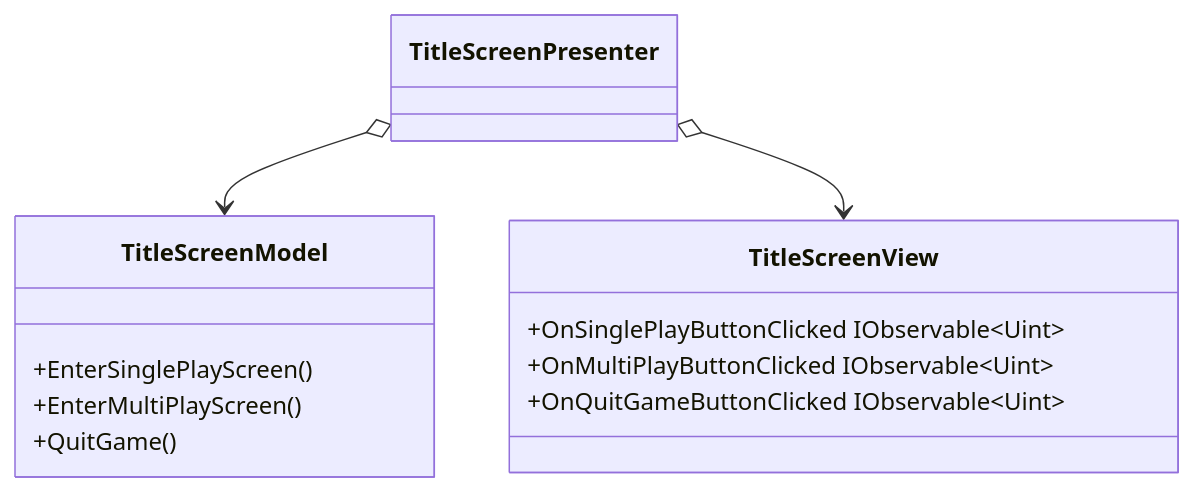
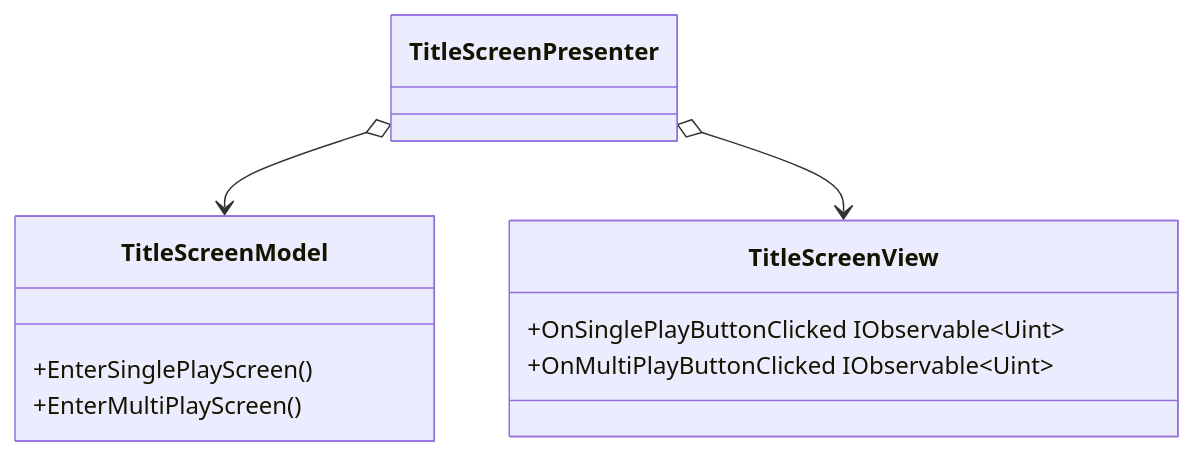
Before and after one commit to kamiy2743/MinoTower_v2: the diagram in Assets/Documents/TitleScreen.md, drawn with Mermaid. The commit also changed 17 other files, not shown here.

````diff
--- a/Assets/Documents/TitleScreen.md
+++ b/Assets/Documents/TitleScreen.md
@@ -1,21 +1,19 @@
 ```mermaid
 classDiagram
     class TitleScreenModel {
         +EnterSinglePlayScreen()
         +EnterMultiPlayScreen()
-        +QuitGame()
     }
 
     class TitleScreenPresenter {
 
     }
 
     class TitleScreenView {
         +OnSinglePlayButtonClicked IObservable~Uint~
         +OnMultiPlayButtonClicked IObservable~Uint~
-        +OnQuitGameButtonClicked IObservable~Uint~
     }
 
     TitleScreenPresenter o--> TitleScreenModel
     TitleScreenPresenter o--> TitleScreenView
 ```
````
